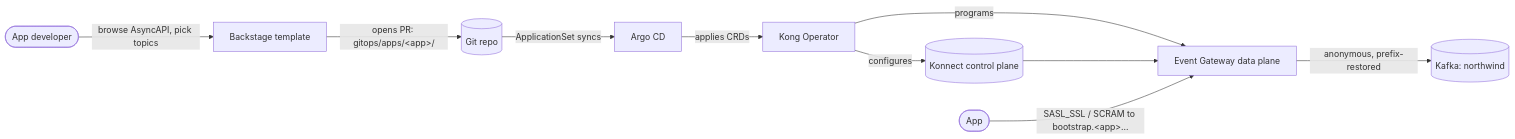
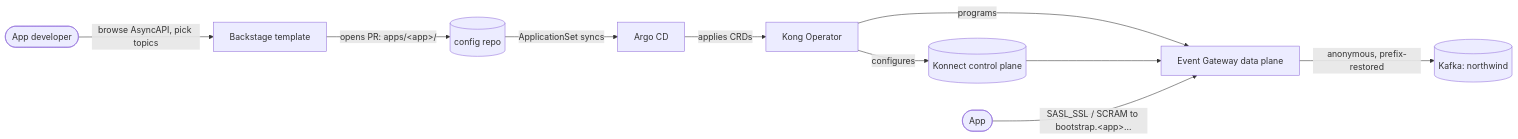
One commit to hguerrero/kafka-selfservice-backstage changed the diagram in docs/architecture.md. Above: the diagram before and after it, drawn with Mermaid. The commit also changed other lines of this file and 20 other files, not shown here.

Commit message:
Refactor GitOps structure and documentation for clarity; remove deprecated files and update references to the kafka-selfservice-gitops repository.

````diff
--- a/docs/architecture.md
+++ b/docs/architecture.md
@@ -15,12 +15,12 @@
 ```mermaid
 flowchart LR
   dev([App developer]) -->|browse AsyncAPI, pick topics| bs[Backstage template]
-  bs -->|opens PR: gitops/apps/&lt;app&gt;/| git[(Git repo)]
+  bs -->|opens PR: apps/&lt;app&gt;/| git[(config repo)]
   git -->|ApplicationSet syncs| argo[Argo CD]
   argo -->|applies CRDs| ko[Kong Operator]
   ko -->|configures| konnect[(Konnect control plane)]
   ko -->|programs| keg[Event Gateway data plane]
   konnect --> keg
   app([App]) -->|SASL_SSL / SCRAM to bootstrap.&lt;app&gt;...| keg
   keg -->|anonymous, prefix-restored| kafka[(Kafka: northwind)]
 ```
````
